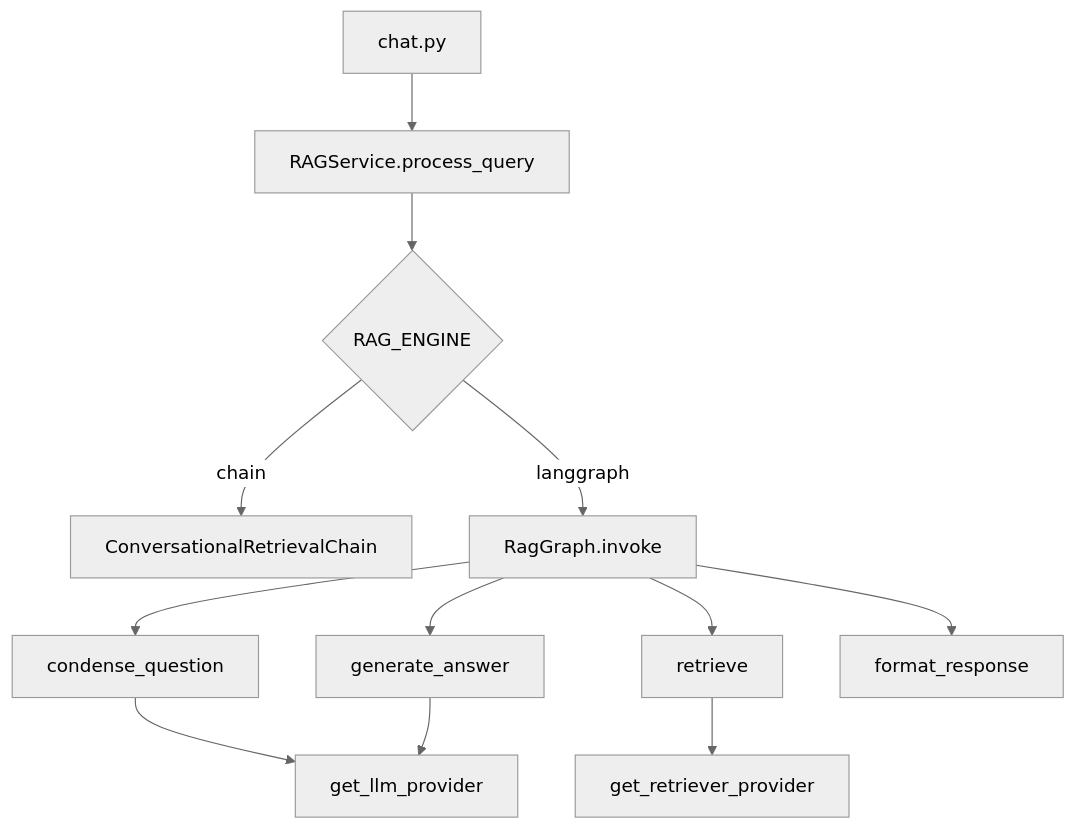
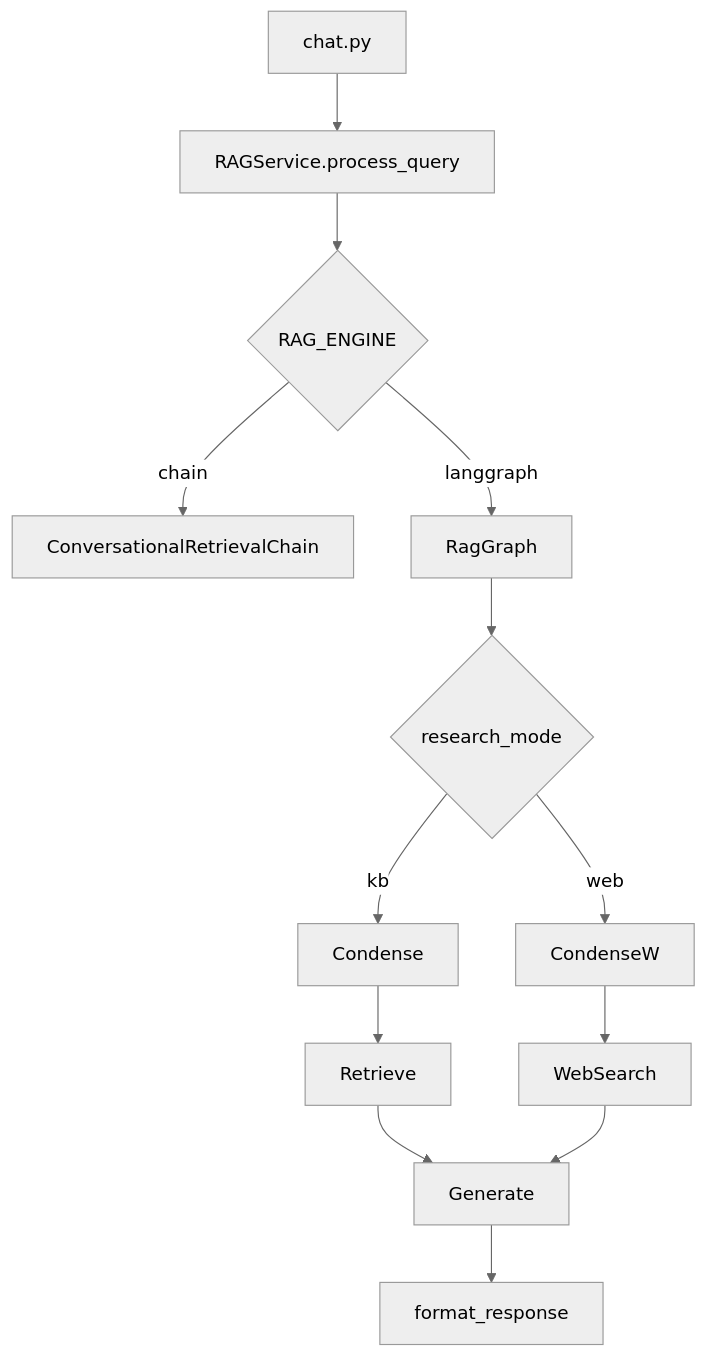
One commit to sandeep-jay/campus-rag-assistant changed the diagram in docs/roadmap/LANGGRAPH.md. Above: the diagram before and after it, drawn with Mermaid (neutral theme). The commit also changed other lines of this file and 57 other files, not shown here.

````diff
--- a/docs/roadmap/LANGGRAPH.md
+++ b/docs/roadmap/LANGGRAPH.md
@@ -29,14 +27,11 @@
 ```mermaid
 flowchart TB
   API[chat.py] --> RAG[RAGService.process_query]
   RAG --> Engine{RAG_ENGINE}
   Engine -->|chain| Legacy[ConversationalRetrievalChain]
-  Engine -->|langgraph| Graph[RagGraph.invoke]
-  Graph --> Condense[condense_question]
-  Graph --> Retrieve[retrieve]
-  Graph --> Generate[generate_answer]
-  Graph --> Format[format_response]
-  Condense --> LLM[get_llm_provider]
-  Retrieve --> Ret[get_retriever_provider]
-  Generate --> LLM
+  Engine -->|langgraph| Graph[RagGraph]
+  Graph --> Route{research_mode}
+  Route -->|kb| Condense --> Retrieve --> Generate
+  Route -->|web| CondenseW --> WebSearch --> Generate
+  Generate --> Format[format_response]
 ```
````
